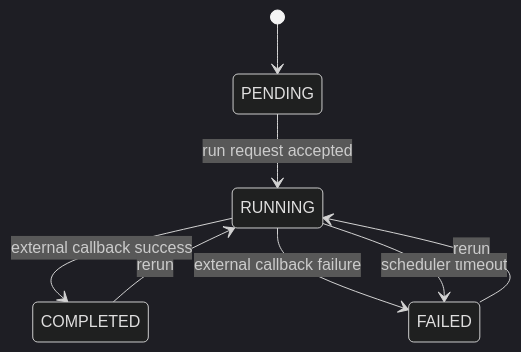
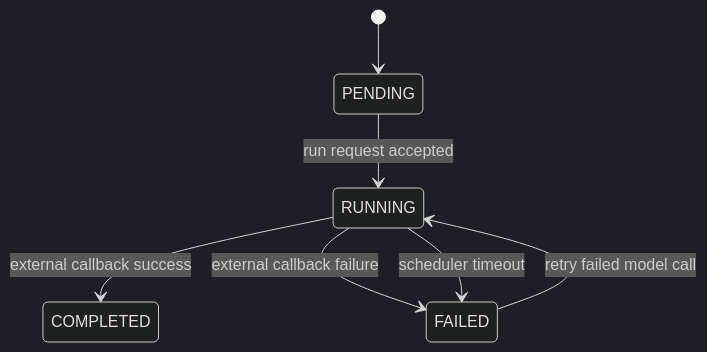
Before and after one commit to enkhbaatarL/backtend: the first of 4 diagrams in docs/design-docs/gas/scenario-case-execution-workflow-design-draft.md, drawn with Mermaid (dark theme). The commit also changed other lines of this file and 31 other files, not shown here.

````diff
--- a/docs/design-docs/gas/scenario-case-execution-workflow-design-draft.md
+++ b/docs/design-docs/gas/scenario-case-execution-workflow-design-draft.md
@@ -375,10 +400,9 @@
 ```mermaid
 stateDiagram-v2
     [*] --> PENDING
     PENDING --> RUNNING: run request accepted
     RUNNING --> COMPLETED: external callback success
     RUNNING --> FAILED: external callback failure
     RUNNING --> FAILED: scheduler timeout
-    COMPLETED --> RUNNING: rerun
-    FAILED --> RUNNING: rerun
+    FAILED --> RUNNING: retry failed model call
 ```
````
